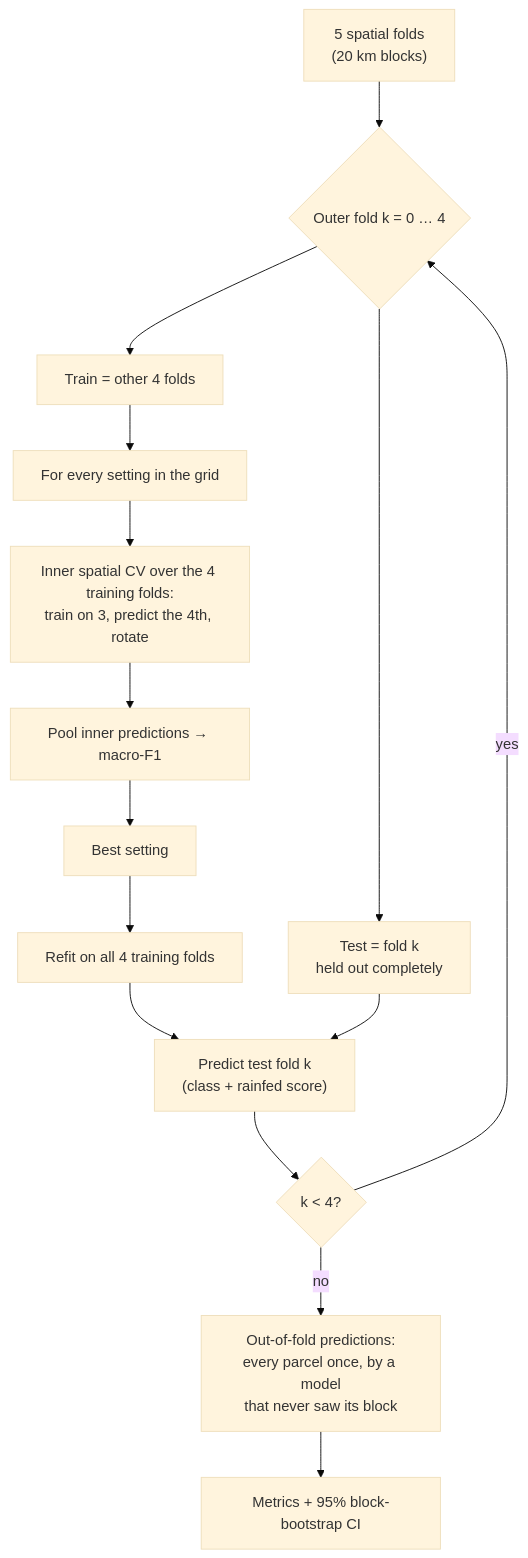
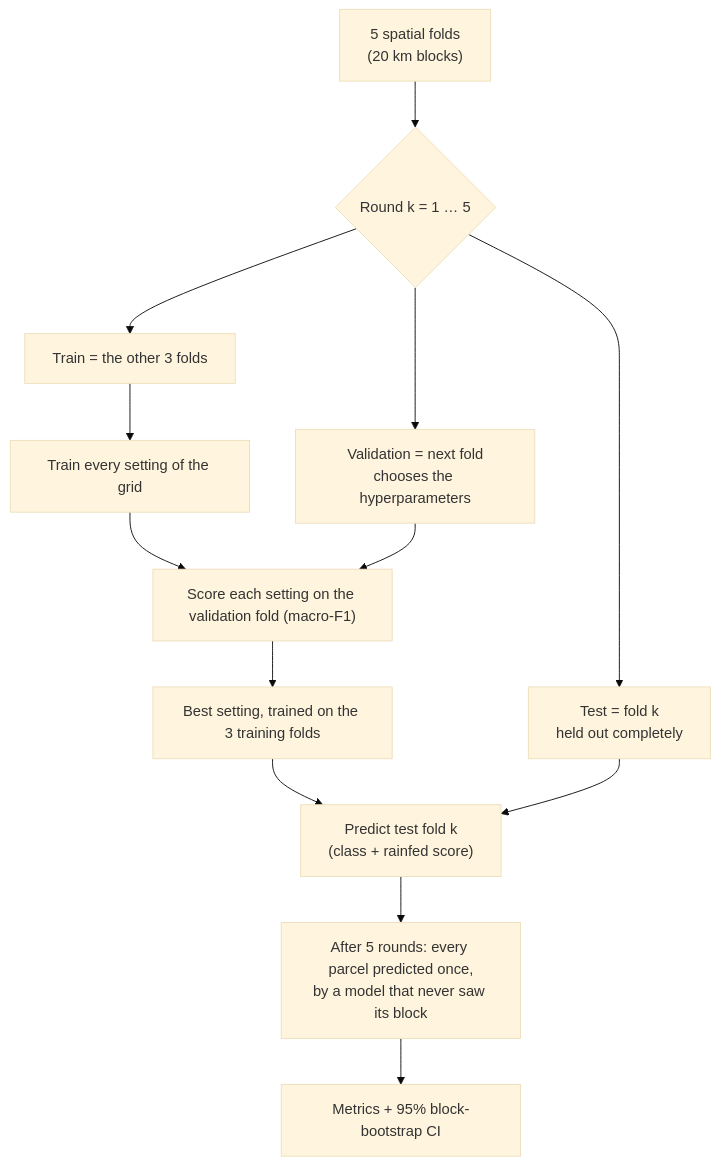
The sixth of 8 diagrams in models_run/README.md (amanchry/irrimapping-geofm), drawn with Mermaid (base theme) before and after one commit. The commit also changed other lines of this file and 127 other files, not shown here.

````diff
--- a/models_run/README.md
+++ b/models_run/README.md
@@ -303,17 +315,15 @@
 ```mermaid
 flowchart TD
-    START["5 spatial folds<br/>(20 km blocks)"] --> O{"Outer fold k = 0 … 4"}
-    O --> TEST["Test = fold k<br/>held out completely"]
-    O --> TRAIN["Train = other 4 folds"]
-    TRAIN --> G["For every setting in the grid"]
-    G --> IN["Inner spatial CV over the 4 training folds:<br/>train on 3, predict the 4th, rotate"]
-    IN --> SC["Pool inner predictions → macro-F1"]
-    SC --> BEST["Best setting"]
-    BEST --> REFIT["Refit on all 4 training folds"]
-    REFIT --> PRED["Predict test fold k<br/>(class + rainfed score)"]
-    TEST --> PRED
-    PRED --> NEXT{"k < 4?"}
-    NEXT -->|yes| O
-    NEXT -->|no| OOF["Out-of-fold predictions:<br/>every parcel once, by a model<br/>that never saw its block"]
+    START["5 spatial folds<br/>(20 km blocks)"] --> R{"Round k = 1 … 5"}
+    R --> TE["Test = fold k<br/>held out completely"]
+    R --> VA["Validation = next fold<br/>chooses the hyperparameters"]
+    R --> TR["Train = the other 3 folds"]
+    TR --> G["Train every setting of the grid"]
+    G --> VA2["Score each setting on the validation fold (macro-F1)"]
+    VA --> VA2
+    VA2 --> BEST["Best setting, trained on the 3 training folds"]
+    BEST --> PRED["Predict test fold k<br/>(class + rainfed score)"]
+    TE --> PRED
+    PRED --> OOF["After 5 rounds: every parcel predicted once,<br/>by a model that never saw its block"]
     OOF --> MET["Metrics + 95% block-bootstrap CI"]
 ```
````
